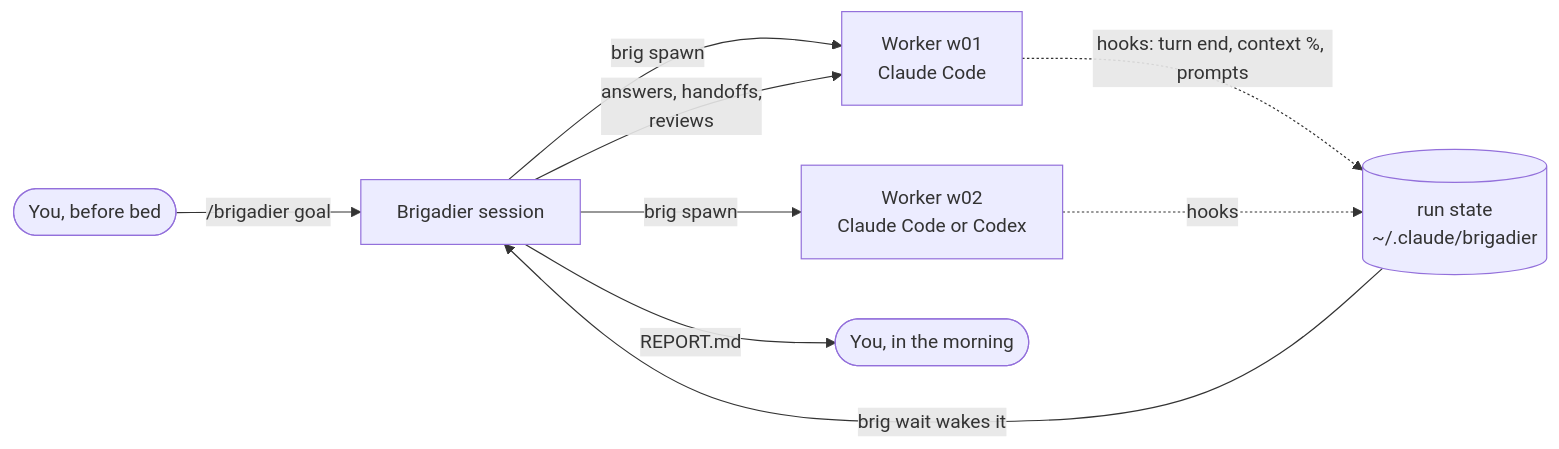
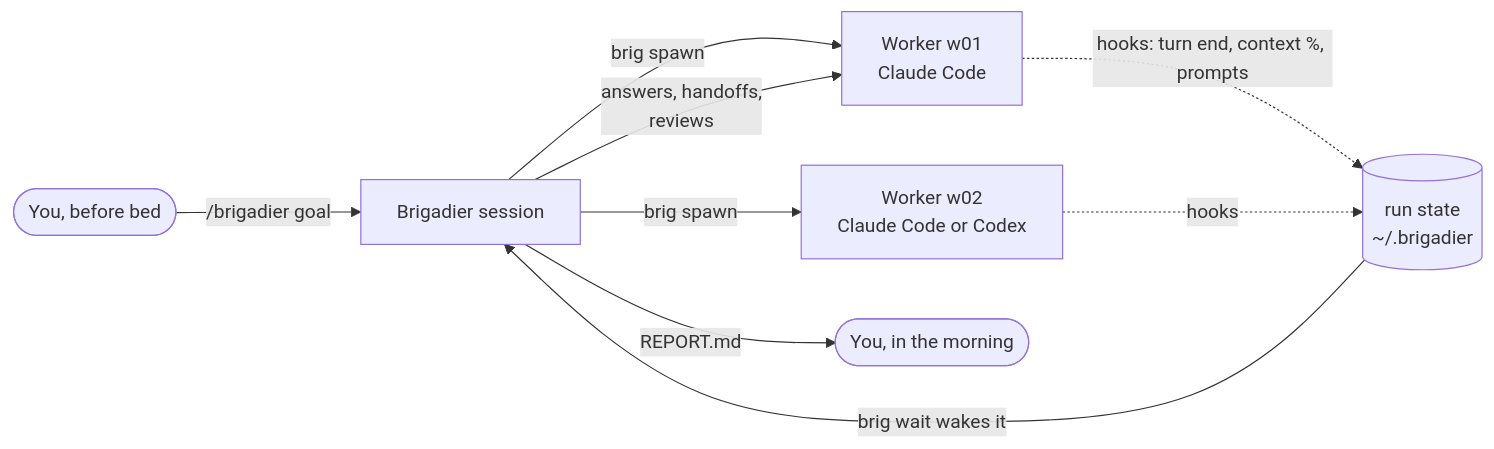
Before and after one commit to syncra-studio/brigadier-skill: the diagram in README.md, drawn with Mermaid. The commit also changed other lines of this file and 5 other files, not shown here.

````diff
--- a/README.md
+++ b/README.md
@@ -61,11 +61,11 @@
 ```mermaid
 flowchart LR
   you([You, before bed]) -->|/brigadier goal| B[Brigadier session]
   B -->|brig spawn| W1[Worker w01<br/>Claude Code]
   B -->|brig spawn| W2[Worker w02<br/>Claude Code or Codex]
-  W1 -. hooks: turn end, context %, prompts .-> S[(run state<br/>~/.claude/brigadier)]
+  W1 -. hooks: turn end, context %, prompts .-> S[(run state<br/>~/.brigadier)]
   W2 -. hooks .-> S
   S -->|brig wait wakes it| B
   B -->|answers, handoffs,<br/>reviews| W1
   B -->|REPORT.md| you2([You, in the morning])
 ```
````
